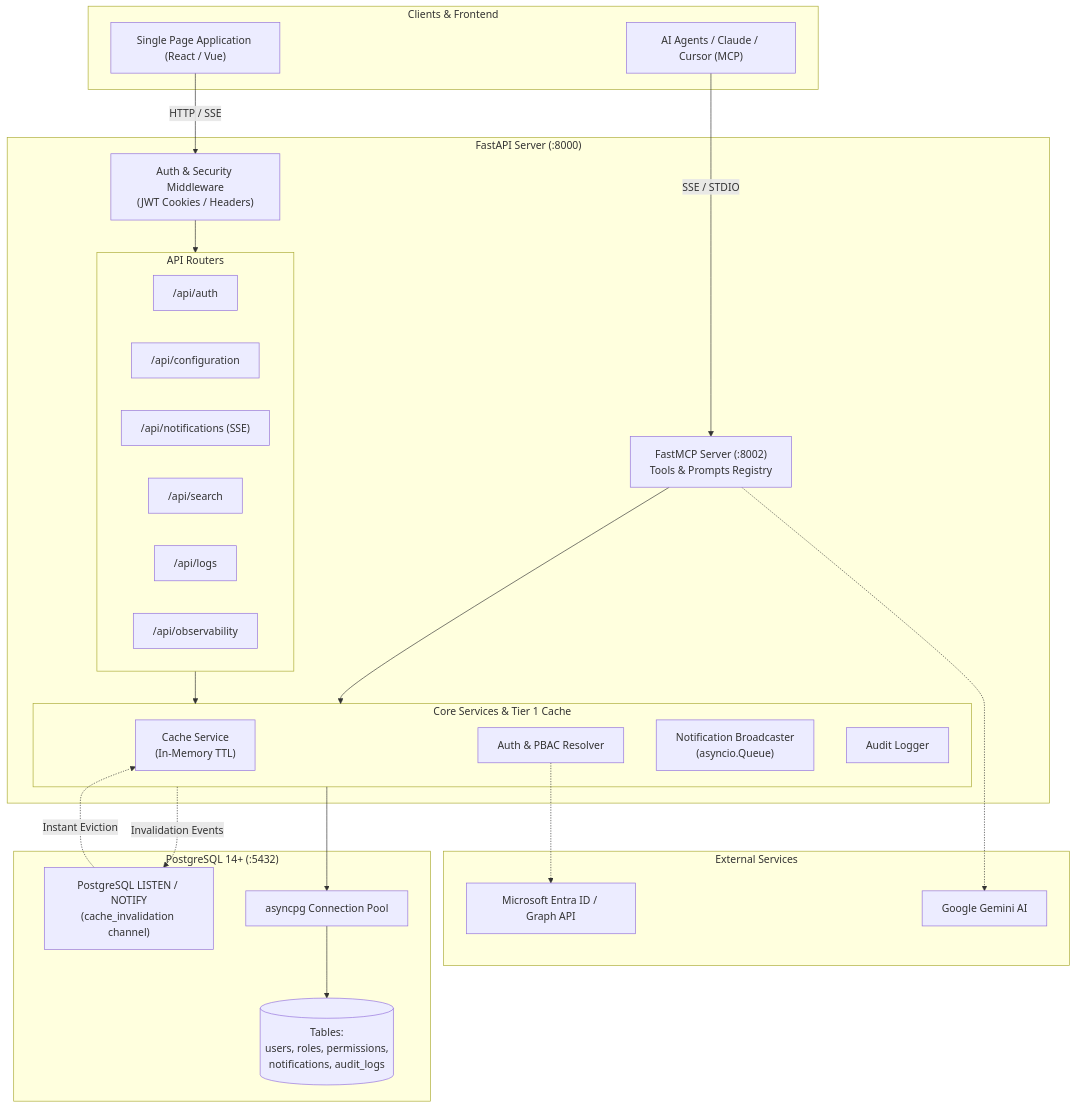
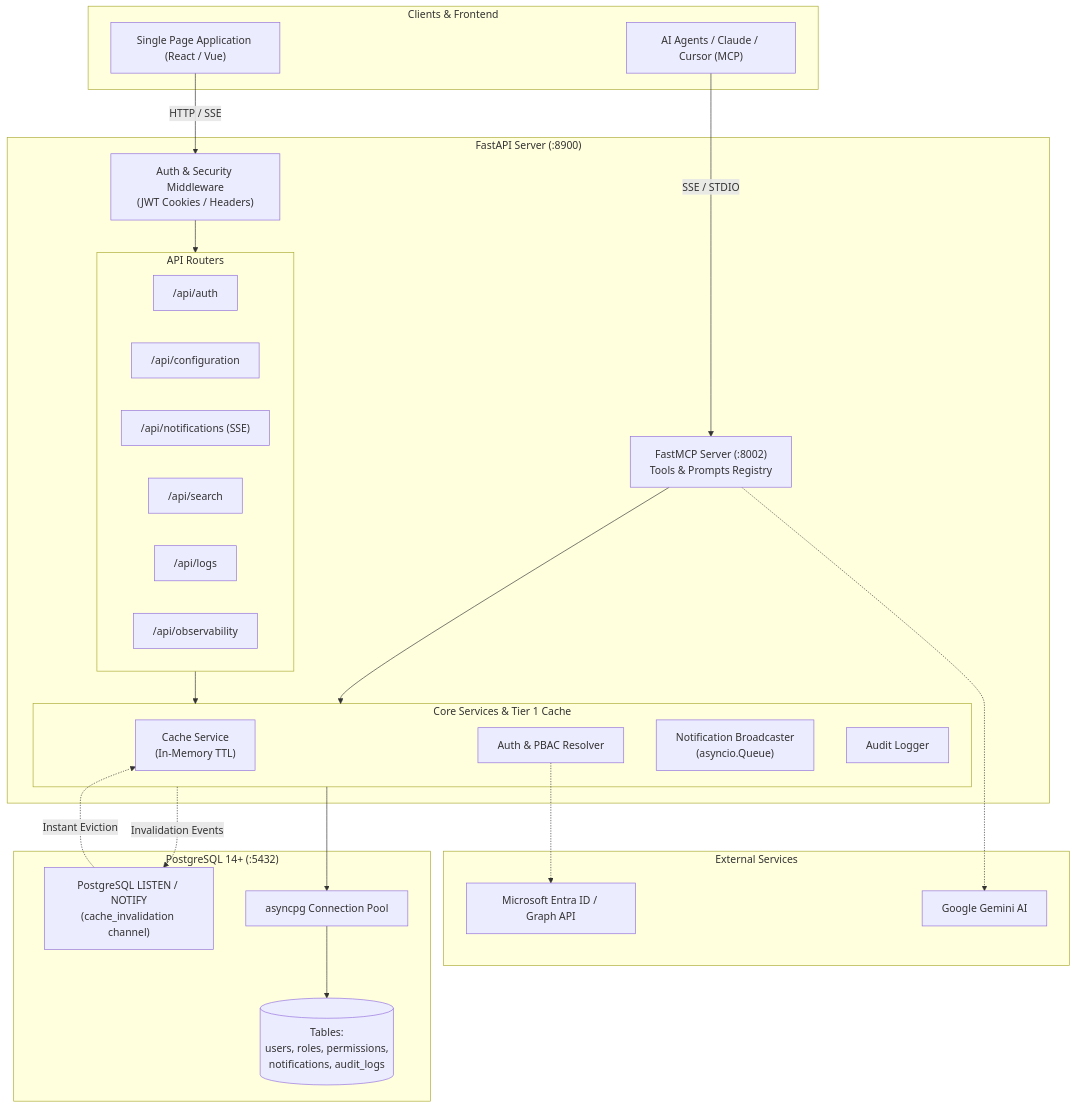
Before and after one commit to Rachad-Zenatech/Template_Automation_Back: the diagram in README.md, drawn with Mermaid. The commit also changed other lines of this file and 7 other files, not shown here.

````diff
--- a/README.md
+++ b/README.md
@@ -37,54 +37,54 @@
 ```mermaid
 flowchart TB
     subgraph Clients["Clients & Frontend"]
         SPA["Single Page Application (React / Vue)"]
         AI["AI Agents / Claude / Cursor (MCP)"]
     end
 
-    subgraph Gateway["FastAPI Server (:8000)"]
+    subgraph Gateway["FastAPI Server (:8900)"]
         AuthMiddleware["Auth & Security Middleware\n(JWT Cookies / Headers)"]
         
         subgraph Routers["API Routers"]
             AuthR["/api/auth"]
             RbacR["/api/configuration"]
             NotifR["/api/notifications (SSE)"]
             SearchR["/api/search"]
             LogR["/api/logs"]
             ObsR["/api/observability"]
         end
         
         subgraph Services["Core Services & Tier 1 Cache"]
             CacheService["Cache Service\n(In-Memory TTL)"]
             AuthService["Auth & PBAC Resolver"]
             NotifService["Notification Broadcaster\n(asyncio.Queue)"]
             AuditService["Audit Logger"]
         end
         
         FastMCPServer["FastMCP Server (:8002)\nTools & Prompts Registry"]
     end
 
     subgraph Database["PostgreSQL 14+ (:5432)"]
         AsyncPool["asyncpg Connection Pool"]
         PubSub["PostgreSQL LISTEN / NOTIFY\n(cache_invalidation channel)"]
         Tables[("Tables:\nusers, roles, permissions,\nnotifications, audit_logs")]
     end
 
     subgraph External["External Services"]
         EntraID["Microsoft Entra ID / Graph API"]
         GeminiAPI["Google Gemini AI"]
     end
 
     SPA -->|HTTP / SSE| AuthMiddleware
     AI -->|SSE / STDIO| FastMCPServer
     AuthMiddleware --> Routers
     Routers --> Services
     FastMCPServer --> Services
     Services --> AsyncPool
     AsyncPool --> Tables
     
     Services -.->|Invalidation Events| PubSub
     PubSub -.->|Instant Eviction| CacheService
     
     AuthService -.-> EntraID
     FastMCPServer -.-> GeminiAPI
 ```
````
